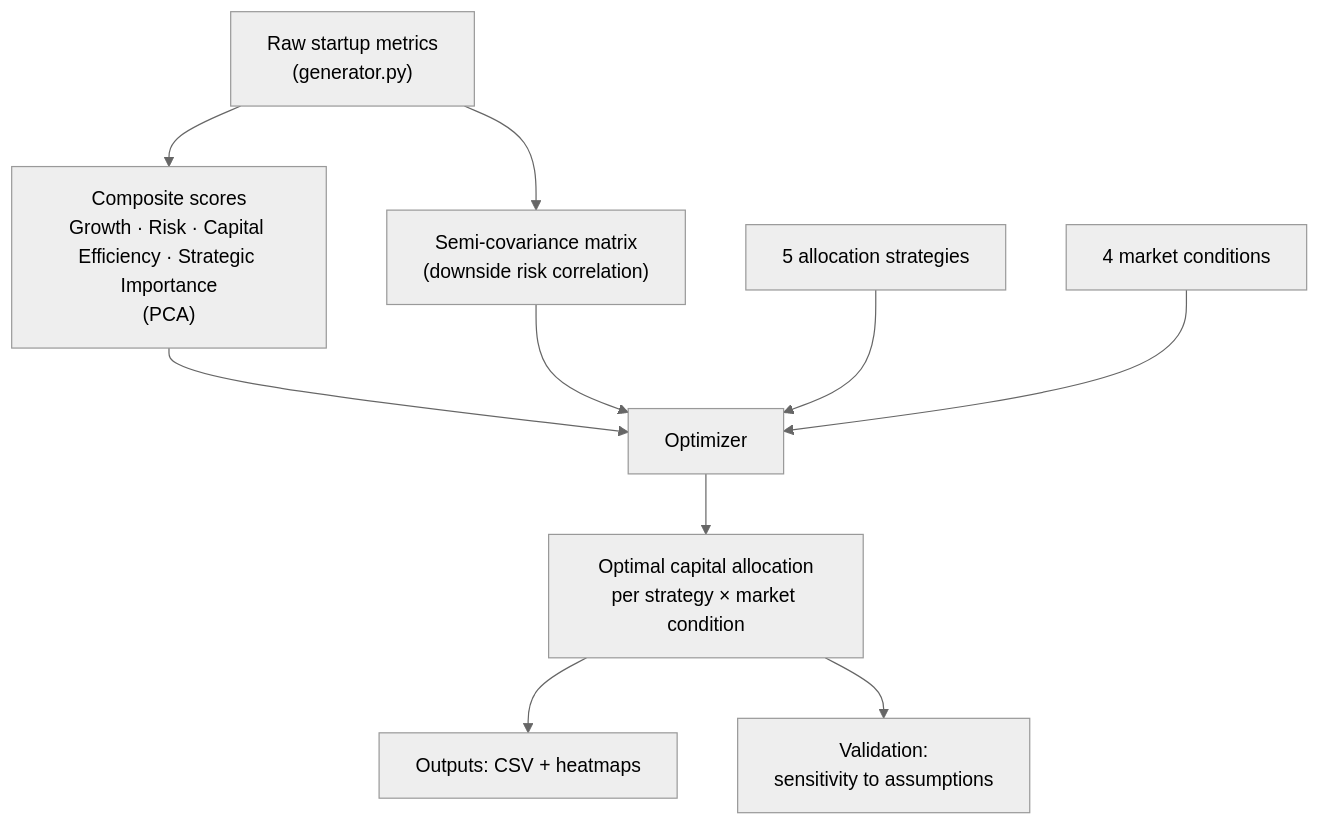
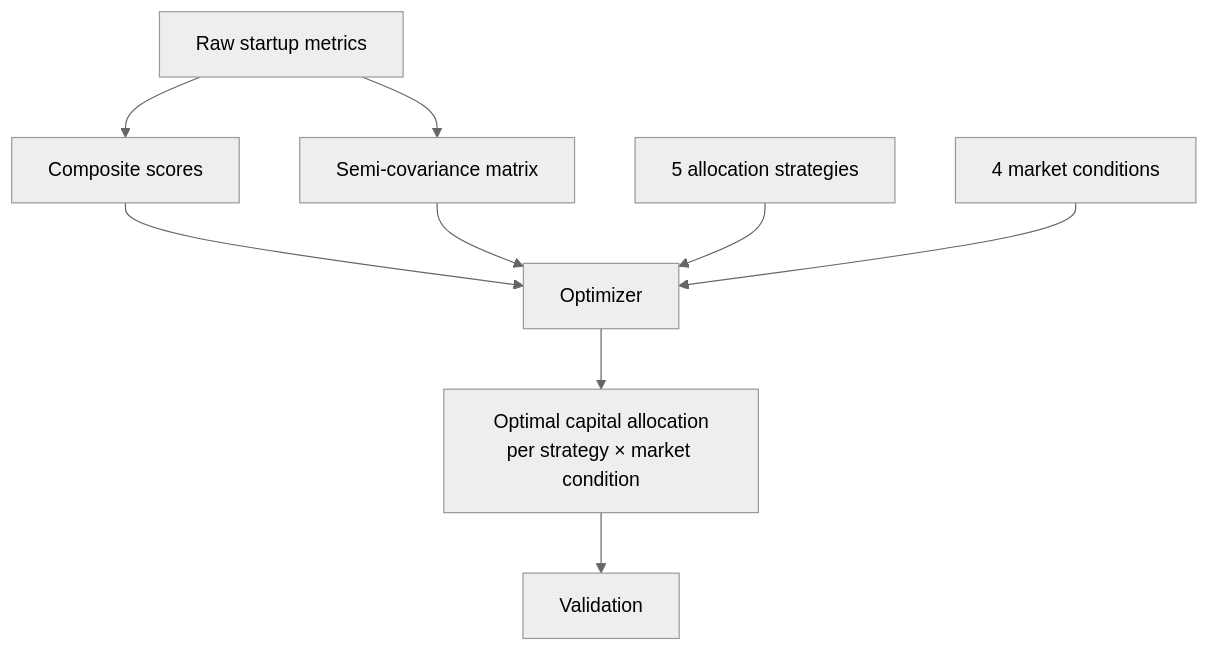
Before and after one commit to jqin206/portfolio-optimization: the diagram in README.md, drawn with Mermaid (neutral theme).

Commit message:
simplify  model flow diagram

````diff
--- a/README.md
+++ b/README.md
@@ -15,14 +15,13 @@
 ```mermaid
 flowchart TD
-    A["Raw startup metrics<br/>(generator.py)"] --> B["Composite scores<br/>Growth · Risk · Capital Efficiency · Strategic Importance<br/>(PCA)"]
-    A --> C["Semi-covariance matrix<br/>(downside risk correlation)"]
+    A["Raw startup metrics"] --> B["Composite scores"]
+    A --> C["Semi-covariance matrix"]
 
     B --> E["Optimizer"]
     C --> E
     D1["5 allocation strategies"] --> E
     D2["4 market conditions"] --> E
 
     E --> F["Optimal capital allocation<br/>per strategy × market condition"]
-    F --> G["Outputs: CSV + heatmaps"]
-    F --> H["Validation:<br/>sensitivity to assumptions"]
+    F --> G["Validation"]
 ```
````
